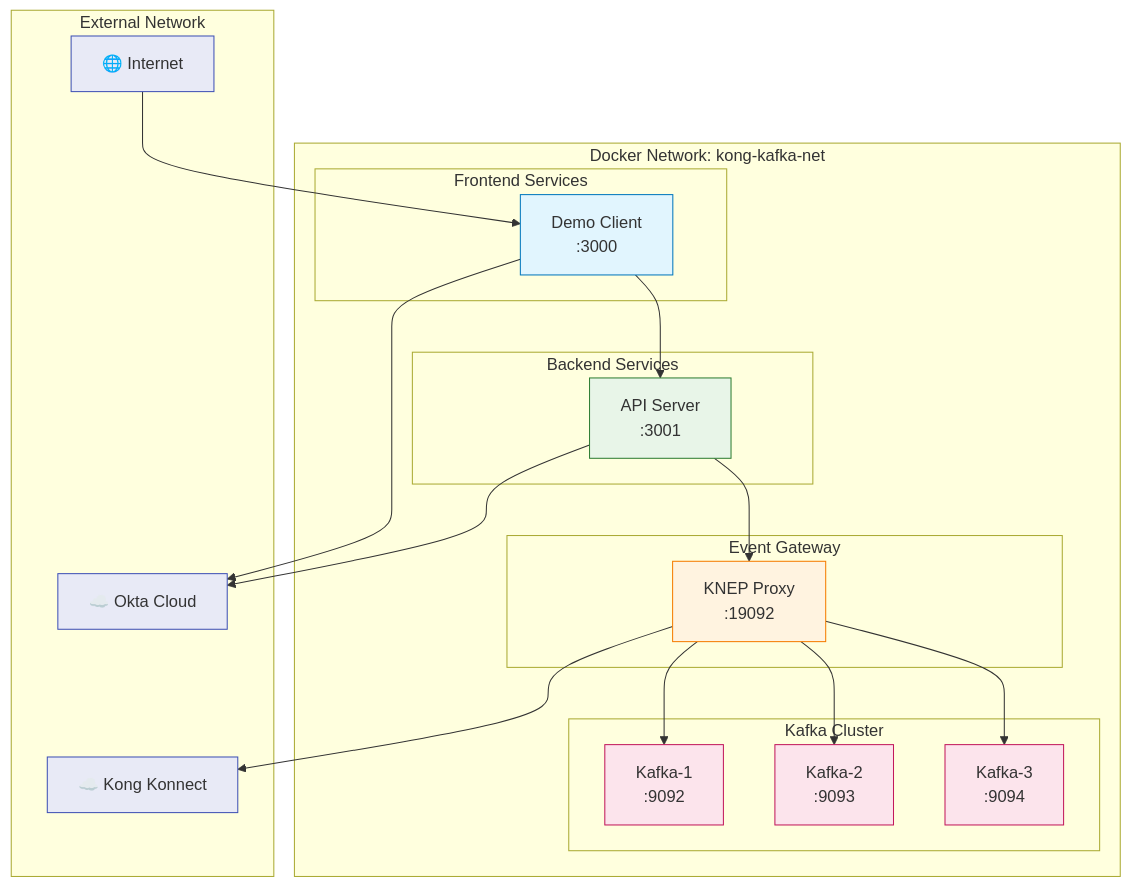
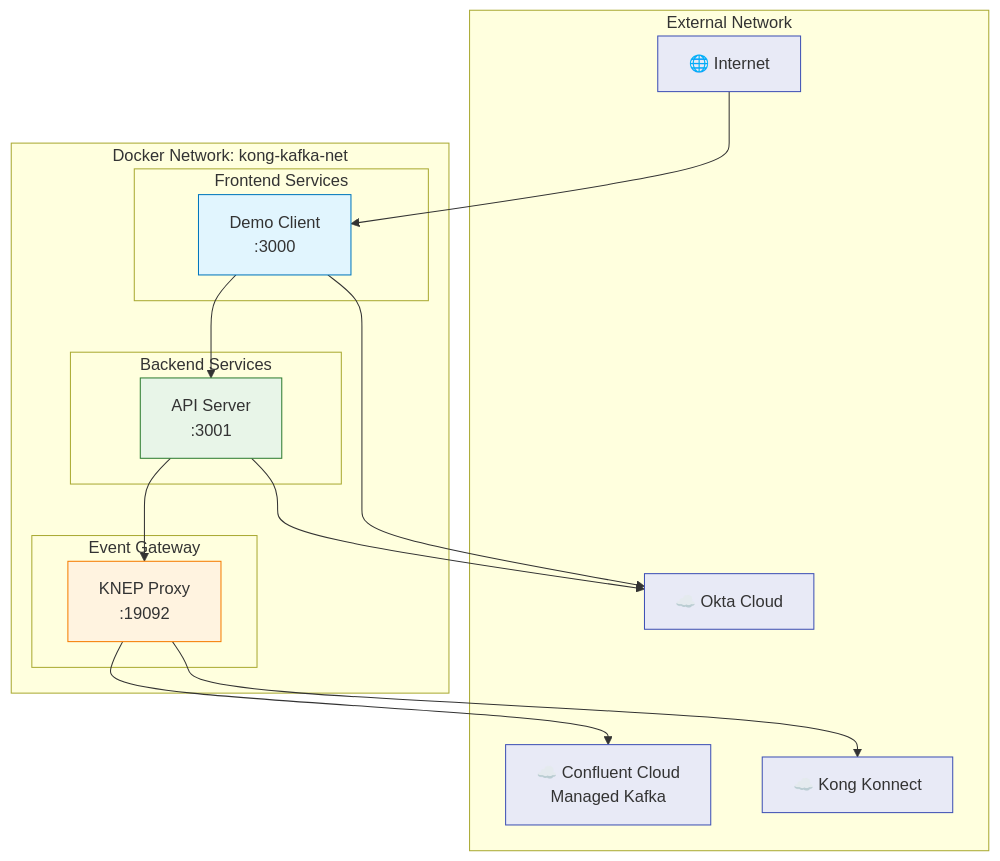
The fifth of 5 diagrams in README.md (hguerrero/kong-event-gw-okta-demo), drawn with Mermaid before and after one commit. The commit also changed other lines of this file and 1 other file, not shown here.

Commit message:
update to reflect confluent cloud

````diff
--- a/README.md
+++ b/README.md
@@ -196,50 +190,41 @@
 ```mermaid
 graph TB
     subgraph "External Network"
         Internet[🌐 Internet]
         OktaCloud[☁️ Okta Cloud]
         KonnectCloud[☁️ Kong Konnect]
+        ConfluentCloud[☁️ Confluent Cloud<br/>Managed Kafka]
     end
 
     subgraph "Docker Network: kong-kafka-net"
         subgraph "Frontend Services"
             DemoApp[Demo Client<br/>:3000]
         end
 
         subgraph "Backend Services"
             APIGateway[API Server<br/>:3001]
         end
 
         subgraph "Event Gateway"
             KNEP[KNEP Proxy<br/>:19092]
         end
-
-        subgraph "Kafka Cluster"
-            K1[Kafka-1<br/>:9092]
-            K2[Kafka-2<br/>:9093]
-            K3[Kafka-3<br/>:9094]
-        end
     end
 
     Internet --> DemoApp
     DemoApp --> OktaCloud
     DemoApp --> APIGateway
     APIGateway --> OktaCloud
     APIGateway --> KNEP
     KNEP --> KonnectCloud
-    KNEP --> K1
-    KNEP --> K2
-    KNEP --> K3
+    KNEP --> ConfluentCloud
 
     classDef external fill:#e8eaf6,stroke:#3f51b5
     classDef frontend fill:#e1f5fe,stroke:#0277bd
     classDef backend fill:#e8f5e8,stroke:#2e7d32
     classDef gateway fill:#fff3e0,stroke:#f57c00
-    classDef kafka fill:#fce4ec,stroke:#c2185b
 
-    class Internet,OktaCloud,KonnectCloud external
+    class Internet,OktaCloud,KonnectCloud,ConfluentCloud external
     class DemoApp frontend
     class APIGateway backend
     class KNEP gateway
-    class K1,K2,K3,ZK kafka
 ```
````
